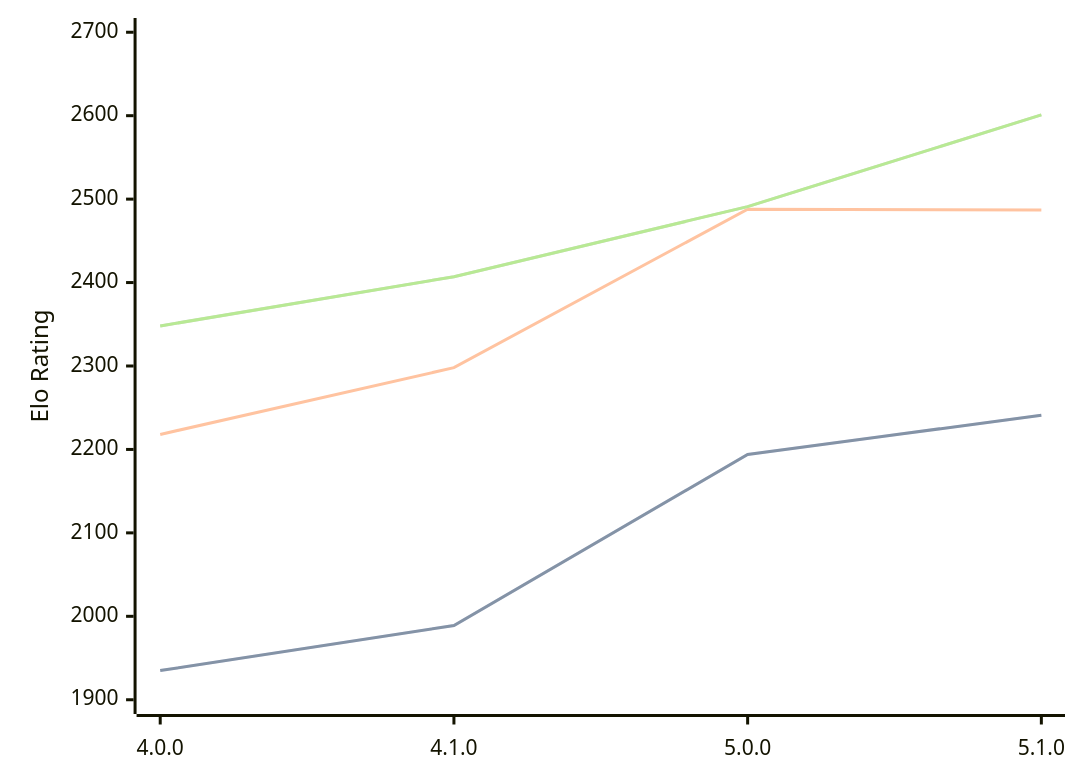
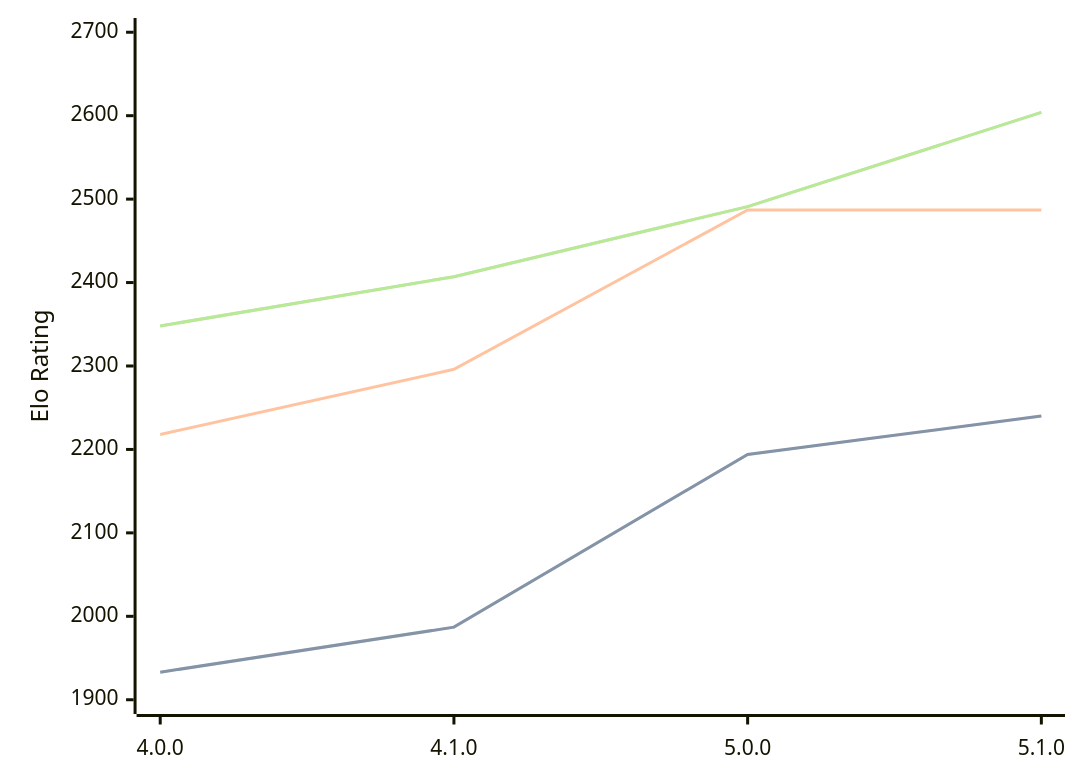
The diagram in engines/Aconcagua.md (computer-chess-index/cci), drawn with Mermaid before and after one commit. The commit also changed other lines of this file, not shown here.

Commit message:
Update CCI Ratings (ELO VLTC) - 2026-04-17

````diff
--- a/engines/Aconcagua.md
+++ b/engines/Aconcagua.md
@@ -43,11 +43,11 @@
 ```mermaid
 %%{init: {"theme":"base","themeVariables":{"seriesColors:['#a3a3a3','#222221','#faa371']}}}%%
 xychart-beta
   x-axis ["4.0.0", "4.1.0", "5.0.0", "5.1.0"]
   y-axis "Elo Rating" 1900 --> 2700
-  line "STC (8.0+0.08s)" [1935, 1989, 2194, 2241]
-  line "STC (8.0+0.08s)" [1935, 1989, 2194, 2241]
-  line "LTC (60.0+0.60s)" [2218, 2298, 2488, 2487]
-  line "VLTC (2m24s+1.12s)" [2348, 2407, 2491, 2601]
-  line "VLTC (2m24s+1.12s)" [2348, 2407, 2491, 2601]
+  line "STC (8.0+0.08s)" [1933, 1987, 2194, 2240]
+  line "STC (8.0+0.08s)" [1933, 1987, 2194, 2240]
+  line "LTC (60.0+0.60s)" [2218, 2296, 2487, 2487]
+  line "VLTC (2m24s+1.12s)" [2348, 2407, 2491, 2604]
+  line "VLTC (2m24s+1.12s)" [2348, 2407, 2491, 2604]
 ```
````
